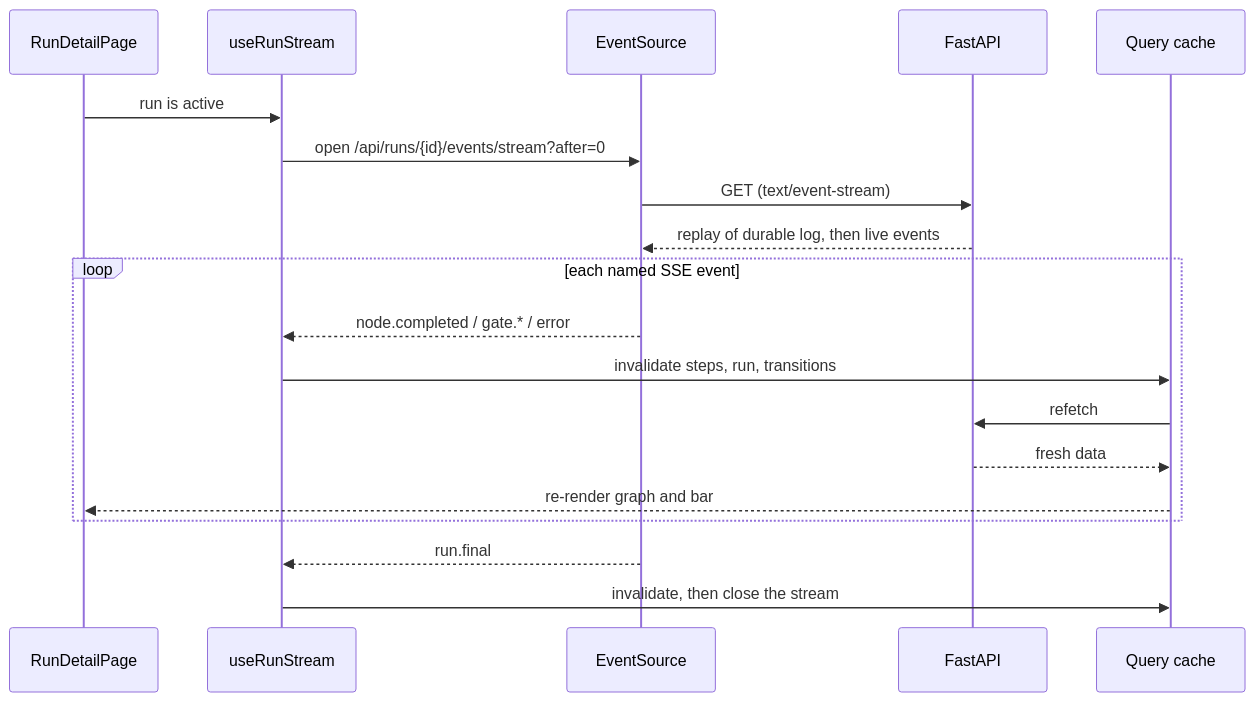
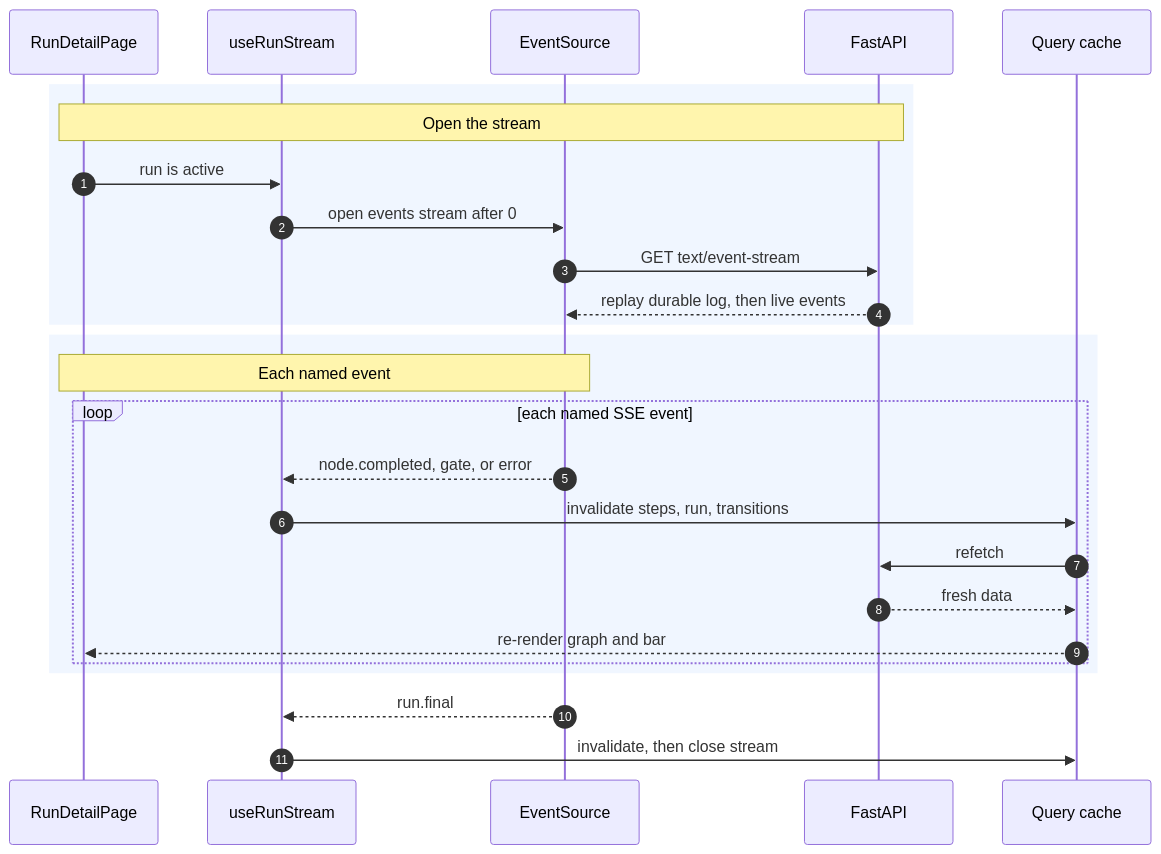
Before and after one commit to ram-020998/project-tracker: the second of 3 diagrams in genesis/architecture/modules/web-app.md, drawn with Mermaid. The commit also changed other lines of this file and 24 other files, not shown here.

First line of the commit message:
architecture: rewrite all 86 Mermaid diagrams to one C4 style, each render-checked

````diff
--- a/genesis/architecture/modules/web-app.md
+++ b/genesis/architecture/modules/web-app.md
@@ -355,21 +339,28 @@
 ```mermaid
 sequenceDiagram
+    autonumber
     participant P as RunDetailPage
     participant H as useRunStream
     participant ES as EventSource
     participant API as FastAPI
     participant Q as Query cache
+    rect rgb(240, 246, 255)
+    Note over P,API: Open the stream
     P->>H: run is active
-    H->>ES: open /api/runs/{id}/events/stream?after=0
-    ES->>API: GET (text/event-stream)
-    API-->>ES: replay of durable log, then live events
+    H->>ES: open events stream after 0
+    ES->>API: GET text/event-stream
+    API-->>ES: replay durable log, then live events
+    end
+    rect rgb(240, 246, 255)
+    Note over ES,P: Each named event
     loop each named SSE event
-        ES-->>H: node.completed / gate.* / error
+        ES-->>H: node.completed, gate, or error
         H->>Q: invalidate steps, run, transitions
         Q->>API: refetch
         API-->>Q: fresh data
         Q-->>P: re-render graph and bar
     end
+    end
     ES-->>H: run.final
-    H->>Q: invalidate, then close the stream
+    H->>Q: invalidate, then close stream
 ```
````
